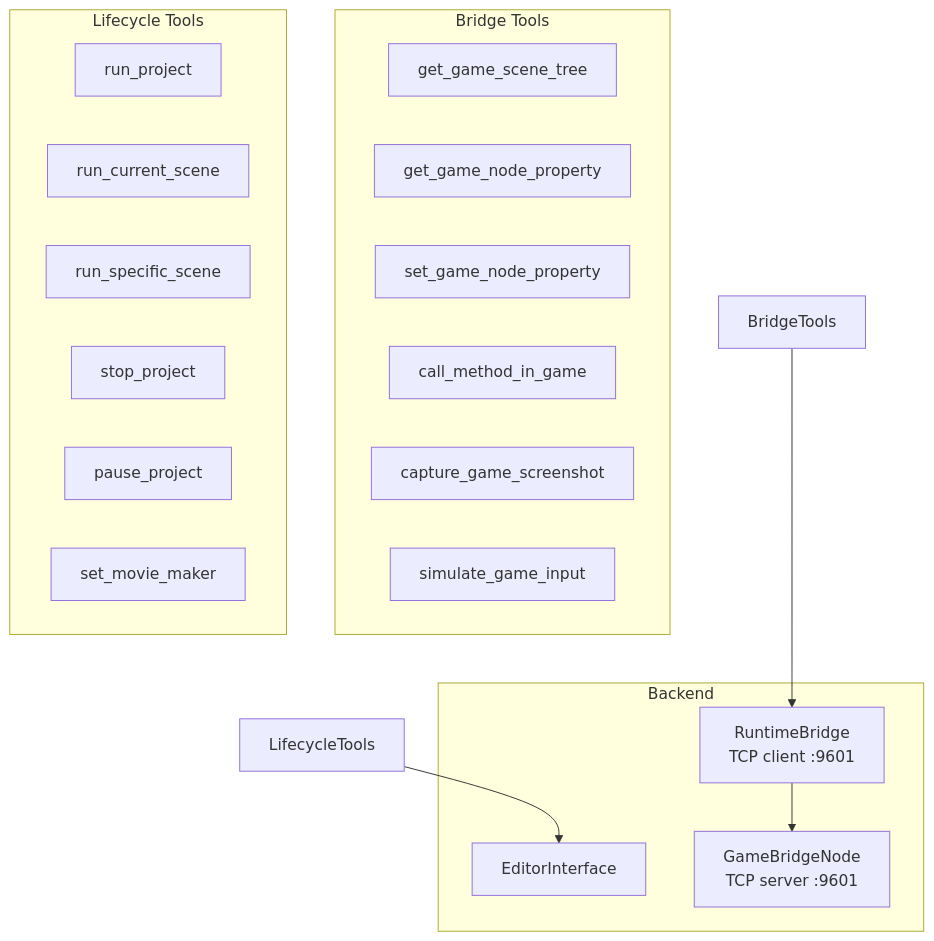
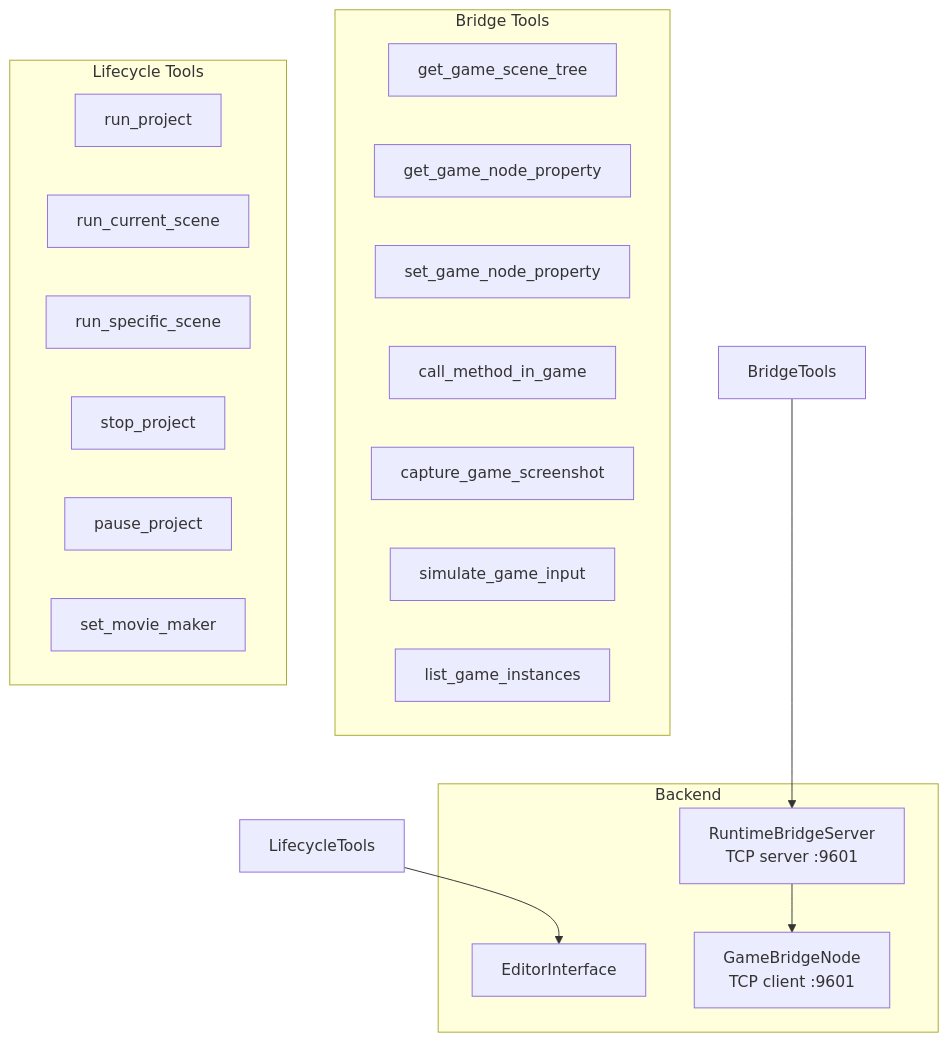
Before and after one commit to jesspig/GodotMCP-GDExtension: the first of 2 diagrams in .repo_wiki/modules/runtime-tools.md, drawn with Mermaid. The commit also changed other lines of this file and 41 other files, not shown here.

````diff
--- a/.repo_wiki/modules/runtime-tools.md
+++ b/.repo_wiki/modules/runtime-tools.md
@@ -7,29 +7,30 @@
 ```mermaid
 graph TB
     subgraph "Bridge Tools"
         GetSceneTree[get_game_scene_tree]
         GetProp[get_game_node_property]
         SetProp[set_game_node_property]
         CallMethod[call_method_in_game]
         Screenshot[capture_game_screenshot]
         Input[simulate_game_input]
+        ListInstances[list_game_instances]
     end
 
     subgraph "Lifecycle Tools"
         Run[run_project]
         RunCurrent[run_current_scene]
         RunSpecific[run_specific_scene]
         Stop[stop_project]
         Pause[pause_project]
         Movie[set_movie_maker]
     end
 
     subgraph "Backend"
-        RB[RuntimeBridge<br/>TCP client :9601]
+        RB[RuntimeBridgeServer<br/>TCP server :9601]
         EI[EditorInterface]
-        GB[GameBridgeNode<br/>TCP server :9601]
+        GB[GameBridgeNode<br/>TCP client :9601]
     end
 
     BridgeTools --> RB --> GB
     LifecycleTools --> EI
 ```
````
